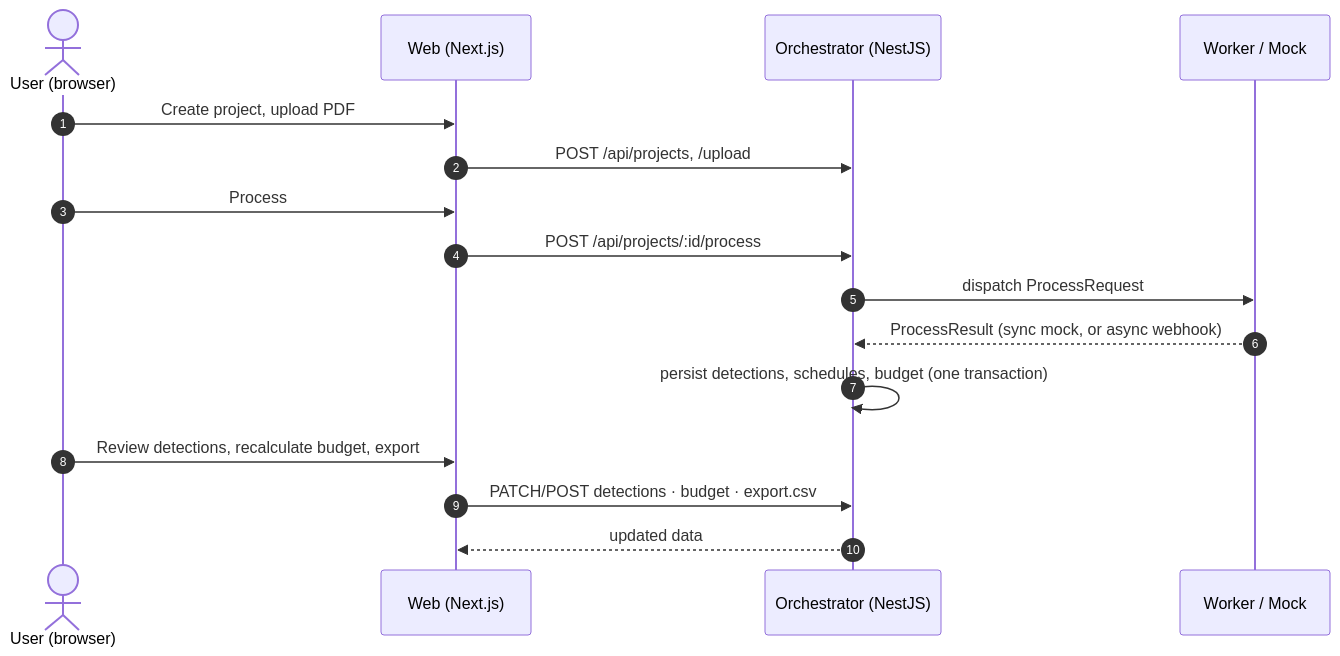
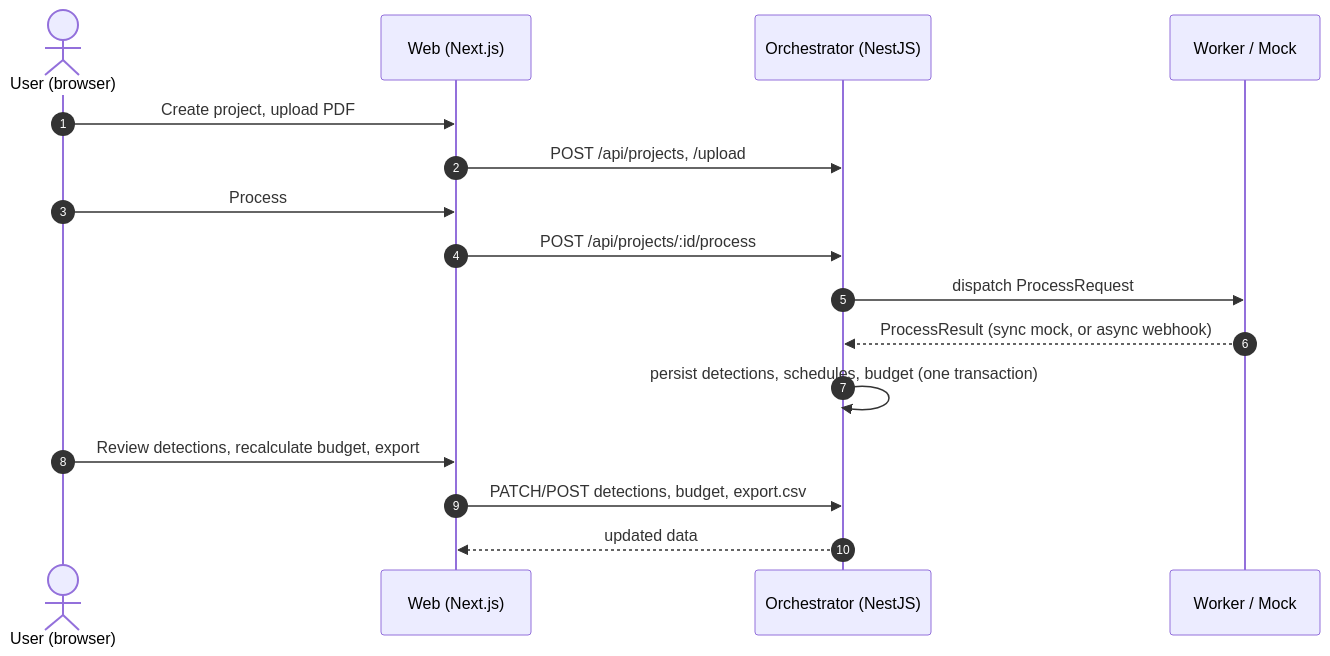
One commit to cubito1080/orcherstrator_wholeFoods changed the third of 3 diagrams in docs/README.md. Above: the diagram before and after it, drawn with Mermaid. The commit also changed other lines of this file and 9 other files, not shown here.

````diff
--- a/docs/README.md
+++ b/docs/README.md
@@ -101,18 +101,18 @@
 ```mermaid
 sequenceDiagram
     autonumber
     actor U as User (browser)
     participant W as Web (Next.js)
     participant O as Orchestrator (NestJS)
     participant K as Worker / Mock
     U->>W: Create project, upload PDF
     W->>O: POST /api/projects, /upload
     U->>W: Process
     W->>O: POST /api/projects/:id/process
     O->>K: dispatch ProcessRequest
     K-->>O: ProcessResult (sync mock, or async webhook)
     O->>O: persist detections, schedules, budget (one transaction)
     U->>W: Review detections, recalculate budget, export
-    W->>O: PATCH/POST detections · budget · export.csv
+    W->>O: PATCH/POST detections, budget, export.csv
     O-->>W: updated data
 ```
````
